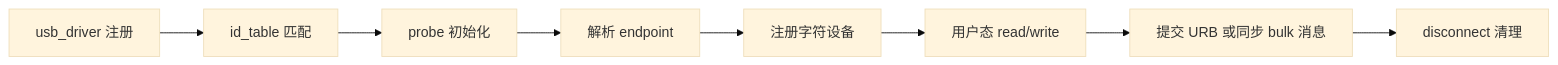
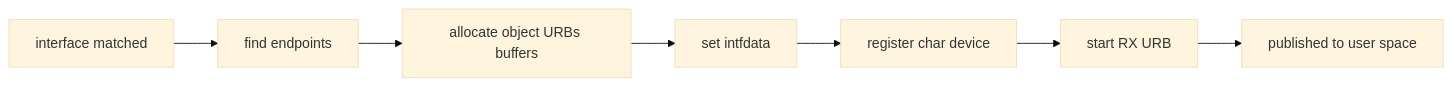
Before and after one commit to cdragon-ljl/EEandEdgeAI: the diagram in docs/articles/usb/usb-05-usb-device-driver-practice.md, drawn with Mermaid (base theme). The commit also changed other lines of this file and 5 other files, not shown here.

````diff
--- a/docs/articles/usb/usb-05-usb-device-driver-practice.md
+++ b/docs/articles/usb/usb-05-usb-device-driver-practice.md
@@ -51,10 +61,9 @@
 ```mermaid
 flowchart LR
-    A[usb_driver 注册] --> B[id_table 匹配]
-    B --> C[probe 初始化]
-    C --> D[解析 endpoint]
-    D --> E[注册字符设备]
-    E --> F[用户态 read/write]
-    F --> G[提交 URB 或同步 bulk 消息]
-    G --> H[disconnect 清理]
+    M[interface matched] --> E[find endpoints]
+    E --> O[allocate object URBs buffers]
+    O --> I[set intfdata]
+    I --> R[register char device]
+    R --> S[start RX URB]
+    S --> P[published to user space]
 ```
````
